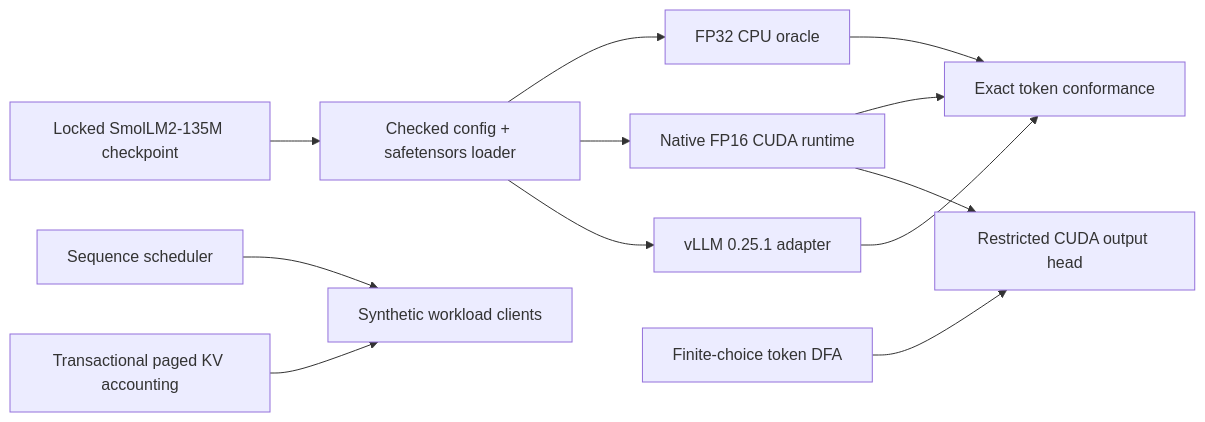
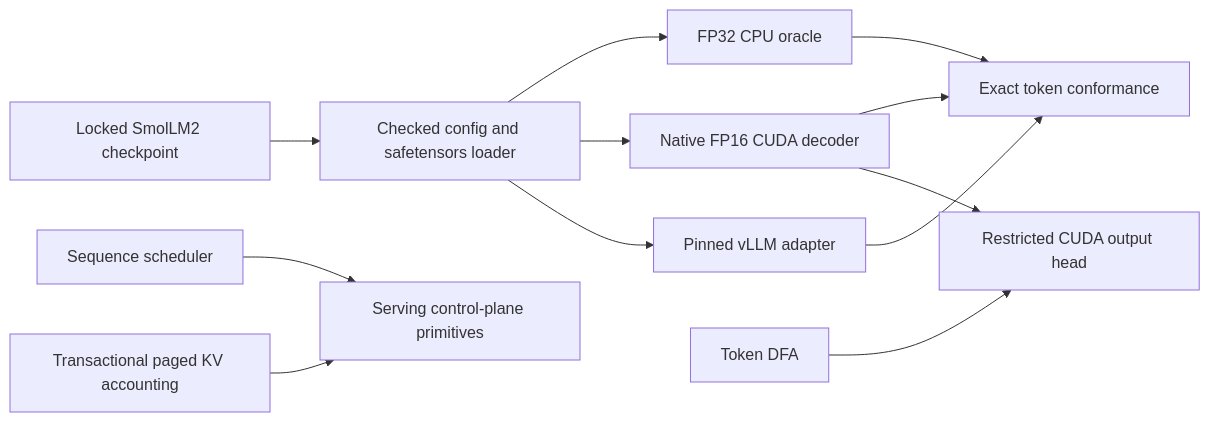
Before and after one commit to pathupally/Market_Sim: the diagram in README.md, drawn with Mermaid. The commit also changed other lines of this file and 28 other files, not shown here.

````diff
--- a/README.md
+++ b/README.md
@@ -16,14 +37,14 @@
 ```mermaid
 flowchart LR
-    W["Locked SmolLM2-135M checkpoint"] --> L["Checked config + safetensors loader"]
+    W["Locked SmolLM2 checkpoint"] --> L["Checked config and safetensors loader"]
     L --> C["FP32 CPU oracle"]
-    L --> N["Native FP16 CUDA runtime"]
-    L --> V["vLLM 0.25.1 adapter"]
+    L --> N["Native FP16 CUDA decoder"]
+    L --> V["Pinned vLLM adapter"]
     C --> P["Exact token conformance"]
     N --> P
     V --> P
-    D["Finite-choice token DFA"] --> H["Restricted CUDA output head"]
+    D["Token DFA"] --> H["Restricted CUDA output head"]
     N --> H
-    S["Sequence scheduler"] --> X["Synthetic workload clients"]
-    K["Transactional paged KV accounting"] --> X
+    S["Sequence scheduler"] --> A["Serving control-plane primitives"]
+    K["Transactional paged KV accounting"] --> A
 ```
````
